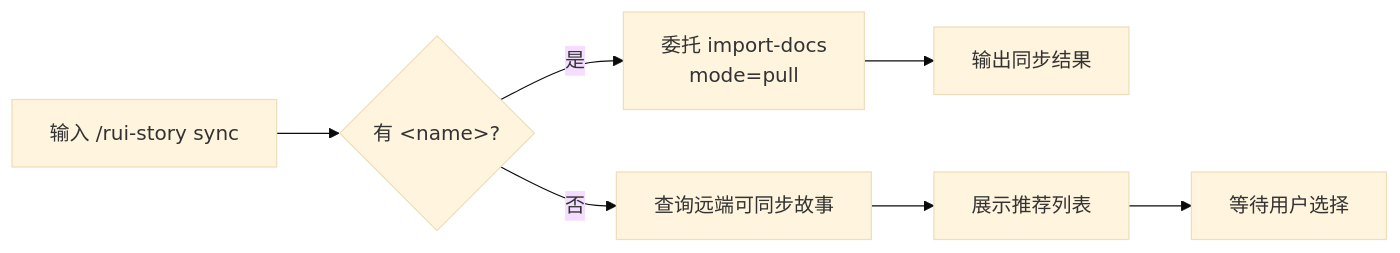
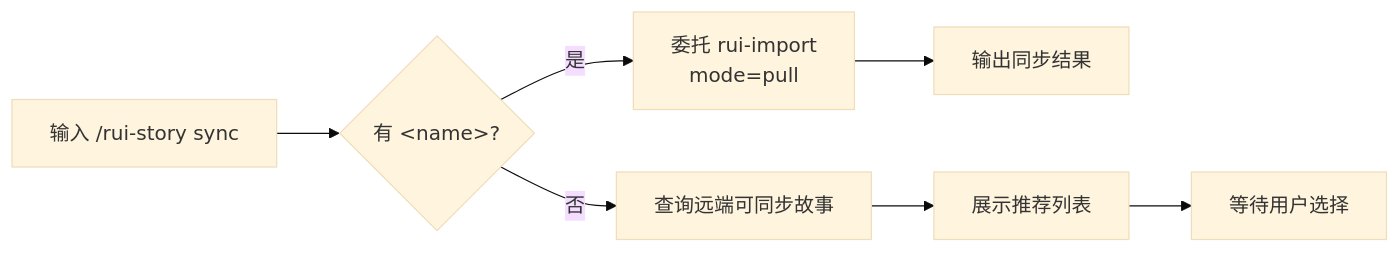
Before and after one commit to effiy/YrY: the fifth of 11 diagrams in docs/故事任务面板/rui-story/YrY-使用场景.md, drawn with Mermaid (base theme). The commit also changed other lines of this file and 41 other files, not shown here.

````diff
--- a/docs/故事任务面板/rui-story/YrY-使用场景.md
+++ b/docs/故事任务面板/rui-story/YrY-使用场景.md
@@ -234,9 +234,9 @@
 ```mermaid
 flowchart LR
     A["输入 /rui-story sync"] --> Q{"有 &lt;name&gt;?"}
-    Q -->|"是"| B["委托 import-docs<br/>mode=pull"]
+    Q -->|"是"| B["委托 rui-import<br/>mode=pull"]
     Q -->|"否"| C["查询远端可同步故事"]
     B --> D["输出同步结果"]
     C --> E["展示推荐列表"]
     E --> F["等待用户选择"]
 ```
````
